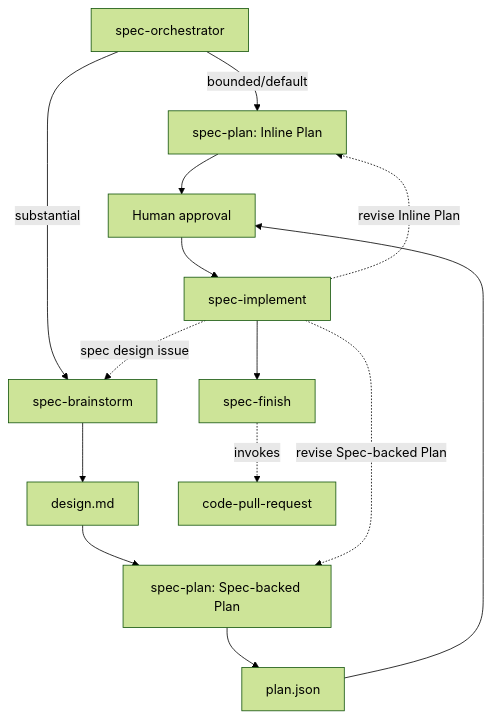
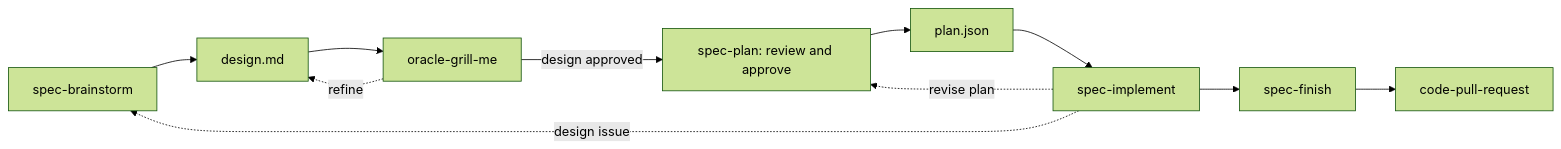
Before and after one commit to martinffx/atelier: the diagram in README.md, drawn with Mermaid (forest theme). The commit also changed other lines of this file and 13 other files, not shown here.

````diff
--- a/README.md
+++ b/README.md
@@ -244,16 +250,13 @@
 ```mermaid
-graph TB
-    O[spec-orchestrator] -->|bounded/default| PI[spec-plan: Inline Plan]
-    O -->|substantial| B[spec-brainstorm]
-    B --> D[design.md]
-    D --> PS[spec-plan: Spec-backed Plan]
-    PS --> J[plan.json]
-    PI --> A[Human approval]
-    J --> A
-    A --> I[spec-implement]
+graph LR
+    B[spec-brainstorm] --> D[design.md]
+    D --> G[oracle-grill-me]
+    G -->|design approved| P[spec-plan: review and approve]
+    G -.->|refine| D
+    P --> J[plan.json]
+    J --> I[spec-implement]
     I --> F[spec-finish]
-    F -.->|invokes| PR[code-pull-request]
-    I -.->|revise Inline Plan| PI
-    I -.->|revise Spec-backed Plan| PS
-    I -.->|spec design issue| B
+    F --> PR[code-pull-request]
+    I -.->|revise plan| P
+    I -.->|design issue| B
 ```
````
